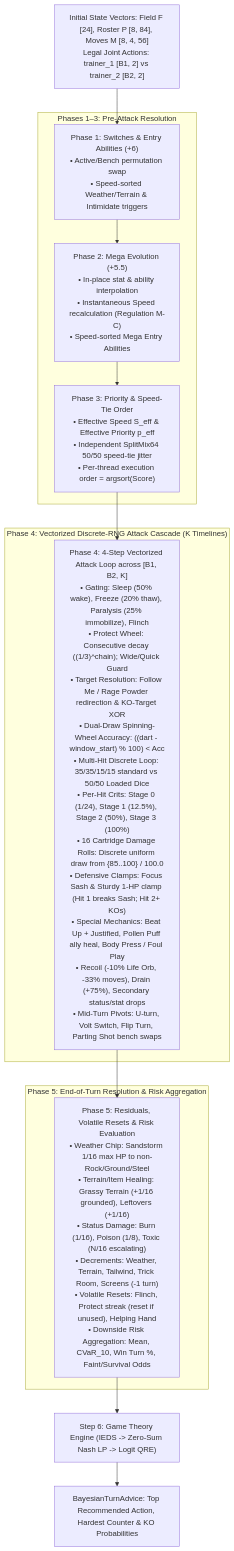
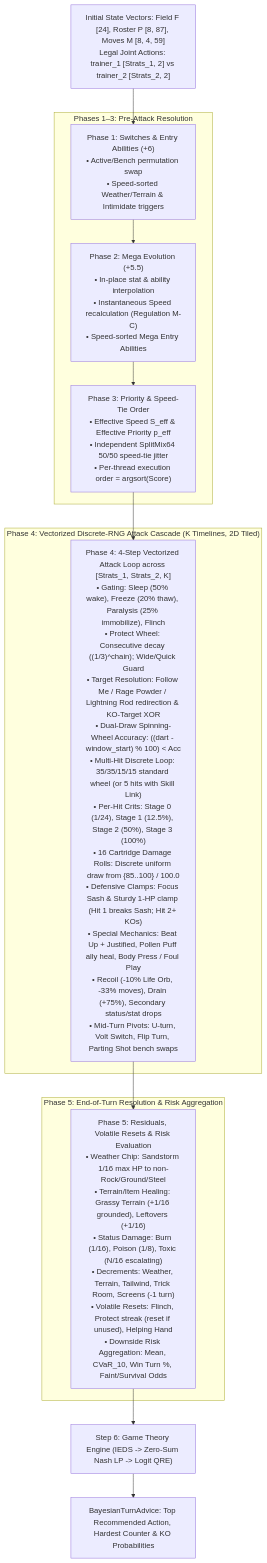
The diagram in README.md (esquedev/coach-porygon-vgc), drawn with Mermaid before and after one commit. The commit also changed other lines of this file and 102 other files, not shown here.

````diff
--- a/README.md
+++ b/README.md
@@ -33,26 +33,26 @@
 ```mermaid
 flowchart TD
-    State["Initial State Vectors: Field F [24], Roster P [8, 84], Moves M [8, 4, 56]<br>Legal Joint Actions: trainer_1 [B1, 2] vs trainer_2 [B2, 2]"] --> B1
+    State["Initial State Vectors: Field F [24], Roster P [8, 87], Moves M [8, 4, 59]<br>Legal Joint Actions: trainer_1 [Strats_1, 2] vs trainer_2 [Strats_2, 2]"] --> B1
     
     subgraph PreAttack ["Phases 1–3: Pre-Attack Resolution"]
         B1["Phase 1: Switches & Entry Abilities (+6)<br>• Active/Bench permutation swap<br>• Speed-sorted Weather/Terrain & Intimidate triggers"]
         B2["Phase 2: Mega Evolution (+5.5)<br>• In-place stat & ability interpolation<br>• Instantaneous Speed recalculation (Regulation M-C)<br>• Speed-sorted Mega Entry Abilities"]
         B3["Phase 3: Priority & Speed-Tie Order<br>• Effective Speed S_eff & Effective Priority p_eff<br>• Independent SplitMix64 50/50 speed-tie jitter<br>• Per-thread execution order = argsort(Score)"]
         B1 --> B2 --> B3
     end
 
     B3 --> B4
 
-    subgraph AttackCascade ["Phase 4: Vectorized Discrete-RNG Attack Cascade (K Timelines)"]
-        B4["Phase 4: 4-Step Vectorized Attack Loop across [B1, B2, K]<br>• Gating: Sleep (50% wake), Freeze (20% thaw), Paralysis (25% immobilize), Flinch<br>• Protect Wheel: Consecutive decay ((1/3)^chain); Wide/Quick Guard<br>• Target Resolution: Follow Me / Rage Powder redirection & KO-Target XOR<br>• Dual-Draw Spinning-Wheel Accuracy: ((dart - window_start) % 100) < Acc<br>• Multi-Hit Discrete Loop: 35/35/15/15 standard vs 50/50 Loaded Dice<br>• Per-Hit Crits: Stage 0 (1/24), Stage 1 (12.5%), Stage 2 (50%), Stage 3 (100%)<br>• 16 Cartridge Damage Rolls: Discrete uniform draw from {85..100} / 100.0<br>• Defensive Clamps: Focus Sash & Sturdy 1-HP clamp (Hit 1 breaks Sash; Hit 2+ KOs)<br>• Special Mechanics: Beat Up + Justified, Pollen Puff ally heal, Body Press / Foul Play<br>• Recoil (-10% Life Orb, -33% moves), Drain (+75%), Secondary status/stat drops<br>• Mid-Turn Pivots: U-turn, Volt Switch, Flip Turn, Parting Shot bench swaps"]
+    subgraph AttackCascade ["Phase 4: Vectorized Discrete-RNG Attack Cascade (K Timelines, 2D Tiled)"]
+        B4["Phase 4: 4-Step Vectorized Attack Loop across [Strats_1, Strats_2, K]<br>• Gating: Sleep (50% wake), Freeze (20% thaw), Paralysis (25% immobilize), Flinch<br>• Protect Wheel: Consecutive decay ((1/3)^chain); Wide/Quick Guard<br>• Target Resolution: Follow Me / Rage Powder / Lightning Rod redirection & KO-Target XOR<br>• Dual-Draw Spinning-Wheel Accuracy: ((dart - window_start) % 100) < Acc<br>• Multi-Hit Discrete Loop: 35/35/15/15 standard wheel (or 5 hits with Skill Link)<br>• Per-Hit Crits: Stage 0 (1/24), Stage 1 (12.5%), Stage 2 (50%), Stage 3 (100%)<br>• 16 Cartridge Damage Rolls: Discrete uniform draw from {85..100} / 100.0<br>• Defensive Clamps: Focus Sash & Sturdy 1-HP clamp (Hit 1 breaks Sash; Hit 2+ KOs)<br>• Special Mechanics: Beat Up + Justified, Pollen Puff ally heal, Body Press / Foul Play<br>• Recoil (-10% Life Orb, -33% moves), Drain (+75%), Secondary status/stat drops<br>• Mid-Turn Pivots: U-turn, Volt Switch, Flip Turn, Parting Shot bench swaps"]
     end
 
     B4 --> B5
 
     subgraph EndOfTurn ["Phase 5: End-of-Turn Resolution & Risk Aggregation"]
         B5["Phase 5: Residuals, Volatile Resets & Risk Evaluation<br>• Weather Chip: Sandstorm 1/16 max HP to non-Rock/Ground/Steel<br>• Terrain/Item Healing: Grassy Terrain (+1/16 grounded), Leftovers (+1/16)<br>• Status Damage: Burn (1/16), Poison (1/8), Toxic (N/16 escalating)<br>• Decrements: Weather, Terrain, Tailwind, Trick Room, Screens (-1 turn)<br>• Volatile Resets: Flinch, Protect streak (reset if unused), Helping Hand<br>• Downside Risk Aggregation: Mean, CVaR_10, Win Turn %, Faint/Survival Odds"]
     end
 
     B5 --> Solver["Step 6: Game Theory Engine (IEDS -> Zero-Sum Nash LP -> Logit QRE)"]
     Solver --> Out["BayesianTurnAdvice: Top Recommended Action, Hardest Counter & KO Probabilities"]
 ```
````
